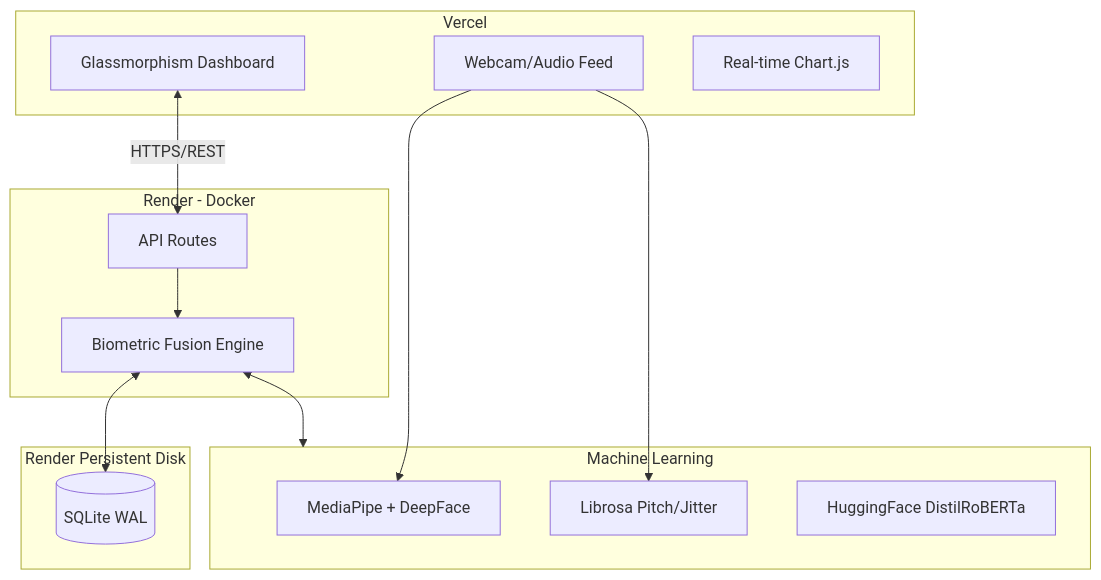
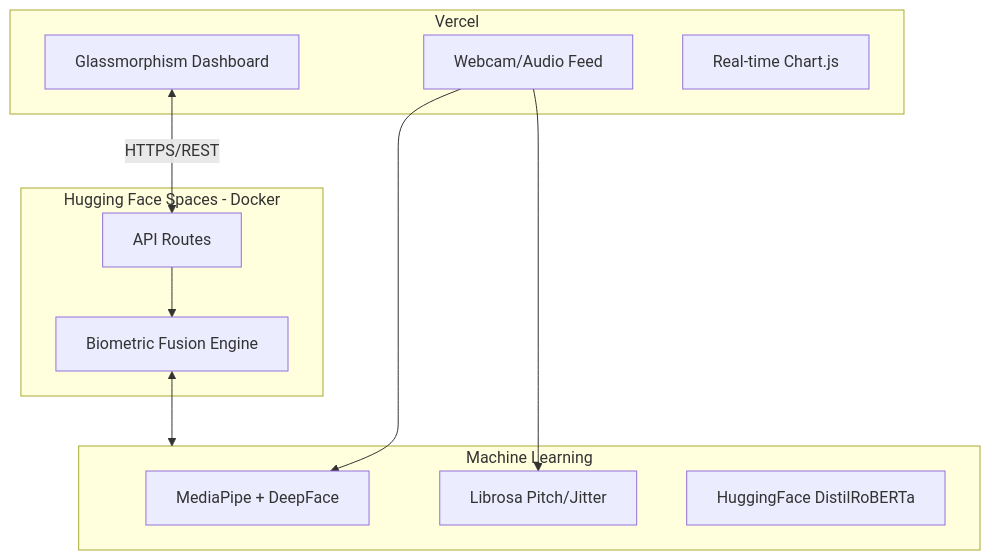
Before and after one commit to samay722/Tiny_project: the diagram in README.md, drawn with Mermaid. The commit also changed other lines of this file and 3 other files, not shown here.

Commit message:
chore: switch to free tier deployment (Hugging Face + Vercel)

````diff
--- a/README.md
+++ b/README.md
@@ -30,29 +30,24 @@
 ```mermaid
 graph TD
     subgraph Frontend [Vercel]
         UI[Glassmorphism Dashboard]
         Cam[Webcam/Audio Feed]
         Charts[Real-time Chart.js]
     end
 
-    subgraph Backend [Render - Docker]
+    subgraph Backend [Hugging Face Spaces - Docker]
         Router[API Routes]
         Manager[Biometric Fusion Engine]
     end
 
     subgraph AI [Machine Learning]
         Vision[MediaPipe + DeepFace]
         Audio[Librosa Pitch/Jitter]
         NLP[HuggingFace DistilRoBERTa]
     end
 
-    subgraph Database [Render Persistent Disk]
-        DB[(SQLite WAL)]
-    end
-
     UI <-->|HTTPS/REST| Router
     Cam --> Vision & Audio
     Router --> Manager
     Manager <--> AI
-    Manager <--> DB
 ```
````
